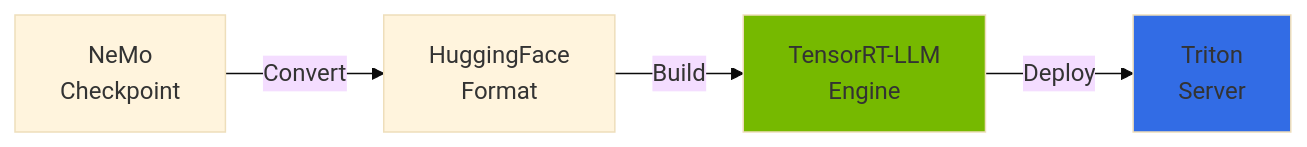
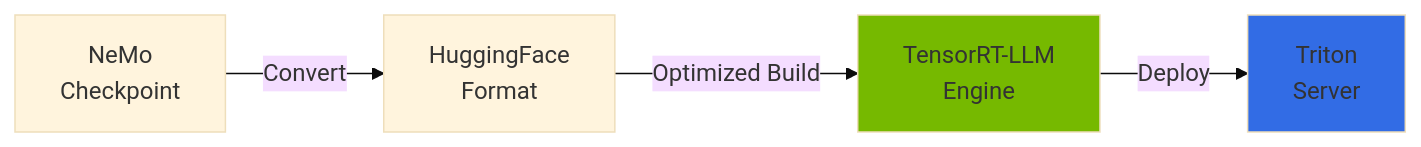
Before and after one commit to devfloor9/engineering-playbook: the third of 6 diagrams in i18n/en/docusaurus-plugin-content-docs/current/agentic-ai-platform/model-serving/nemo-framework.md, drawn with Mermaid (base theme). The commit also changed other lines of this file and 95 other files, not shown here.

````diff
--- a/i18n/en/docusaurus-plugin-content-docs/current/agentic-ai-platform/model-serving/nemo-framework.md
+++ b/i18n/en/docusaurus-plugin-content-docs/current/agentic-ai-platform/model-serving/nemo-framework.md
@@ -416,14 +277,14 @@
 ```mermaid
 flowchart LR
     NeMo[NeMo<br/>Checkpoint]
     HF[HuggingFace<br/>Format]
     TRT[TensorRT-LLM<br/>Engine]
     Triton[Triton<br/>Server]
 
     NeMo -->|Convert| HF
-    HF -->|Build| TRT
+    HF -->|Optimized Build| TRT
     TRT -->|Deploy| Triton
 
     style TRT fill:#76b900
     style Triton fill:#326ce5
 ```
````
